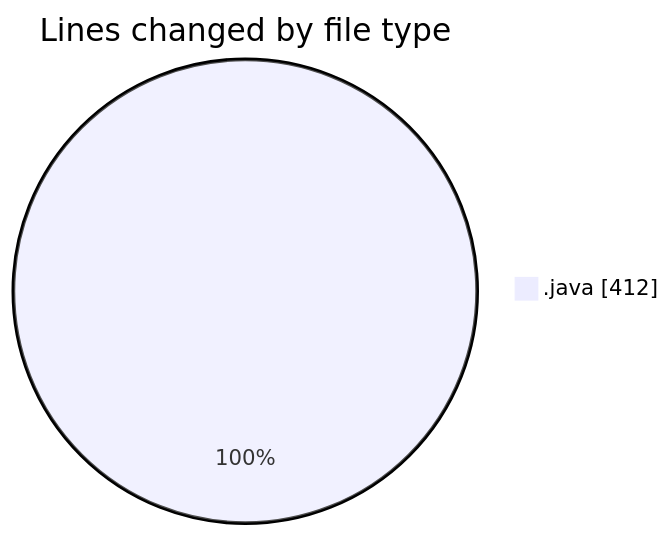
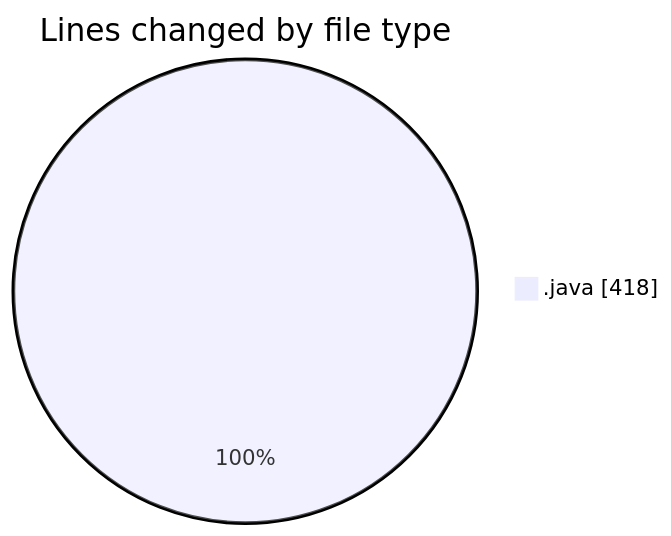
One commit to ricardozamudiocil/code-tracking changed the first of 2 diagrams in 2026-02-26/cilapp/README.md. Above: the diagram before and after it, drawn with Mermaid. The commit also changed other lines of this file and 1 other file, not shown here.

````diff
--- a/2026-02-26/cilapp/README.md
+++ b/2026-02-26/cilapp/README.md
@@ -22,5 +22,5 @@
 ```mermaid
 pie showData
 title Lines changed by file type
-".java" : 412
+".java" : 418
 ```
````
